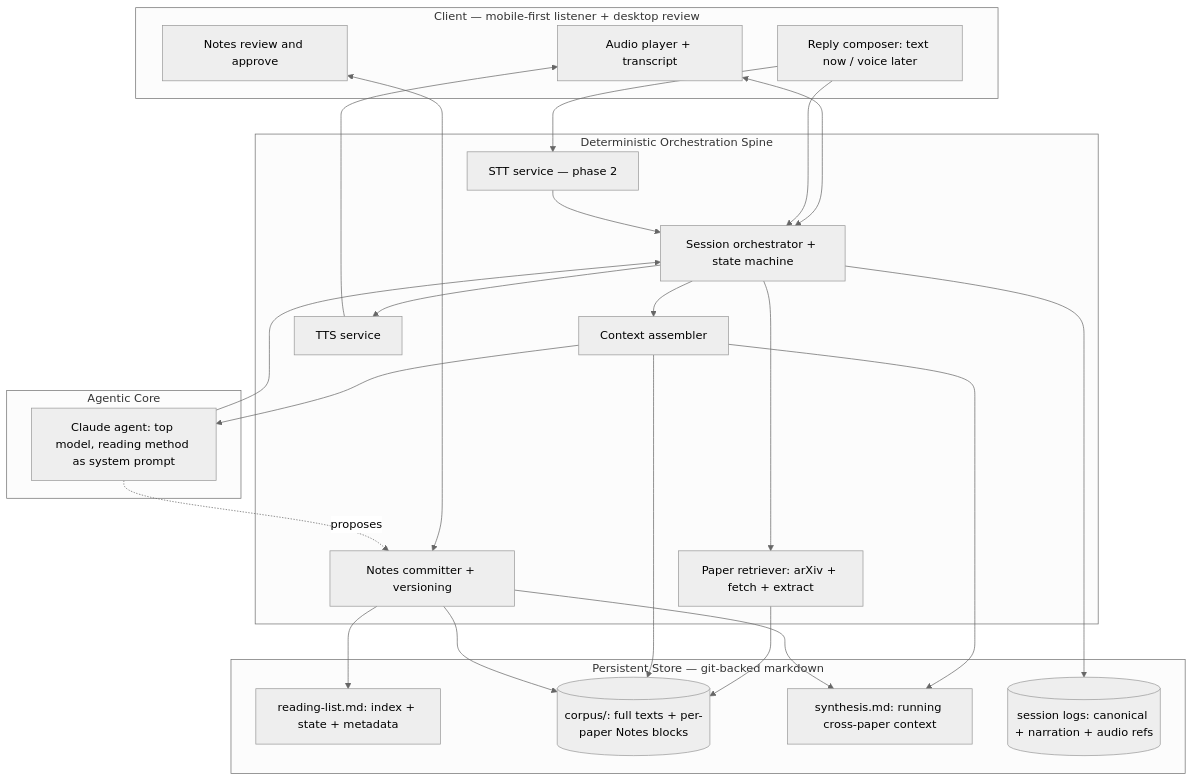
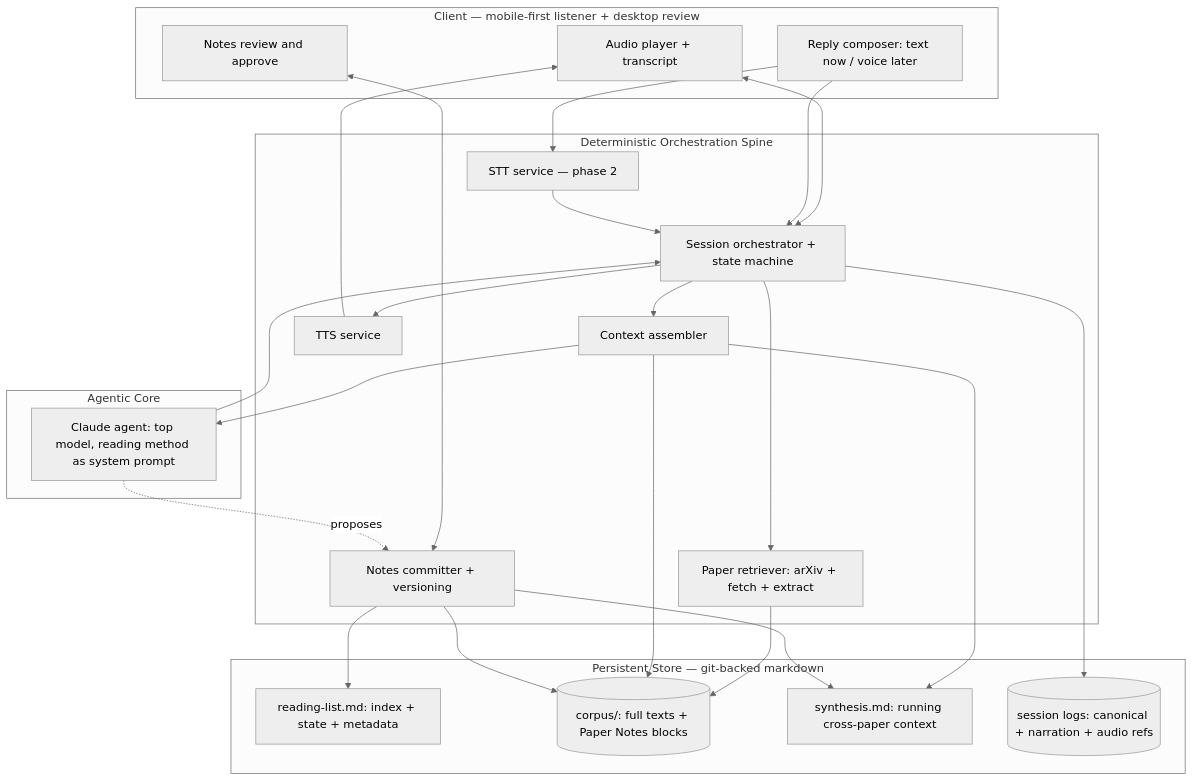
The second of 4 diagrams in docs/initial-plan.md (kamilkhan52/research-companion), drawn with Mermaid (neutral theme) before and after one commit. The commit also changed other lines of this file and 50 other files, not shown here.

````diff
--- a/docs/initial-plan.md
+++ b/docs/initial-plan.md
@@ -61,47 +61,47 @@
 ```mermaid
 flowchart TB
   subgraph Client["Client — mobile-first listener + desktop review"]
     Player[Audio player + transcript]
     Composer[Reply composer: text now / voice later]
     Review[Notes review and approve]
   end
 
   subgraph Spine["Deterministic Orchestration Spine"]
     Orchestrator[Session orchestrator + state machine]
     Retriever[Paper retriever: arXiv + fetch + extract]
     Assembler[Context assembler]
     TTSsvc[TTS service]
     STTsvc[STT service — phase 2]
     Committer[Notes committer + versioning]
   end
 
   subgraph Core["Agentic Core"]
     Agent[Claude agent: top model, reading method as system prompt]
   end
 
   subgraph Store["Persistent Store — git-backed markdown"]
     ReadingList[reading-list.md: index + state + metadata]
-    Corpus[(corpus/: full texts + per-paper Notes blocks)]
+    Corpus[(corpus/: full texts + Paper Notes blocks)]
     Synthesis[synthesis.md: running cross-paper context]
     Sessions[(session logs: canonical + narration + audio refs)]
   end
 
   Player <--> Orchestrator
   Composer --> Orchestrator
   Review <--> Committer
 
   Orchestrator --> Retriever --> Corpus
   Orchestrator --> Assembler
   Assembler --> Synthesis
   Assembler --> Corpus
   Assembler --> Agent
   Agent --> Orchestrator
   Orchestrator --> TTSsvc --> Player
   Composer --> STTsvc --> Orchestrator
 
   Agent -. proposes .-> Committer
   Committer --> Corpus
   Committer --> Synthesis
   Committer --> ReadingList
   Orchestrator --> Sessions
 ```
````
